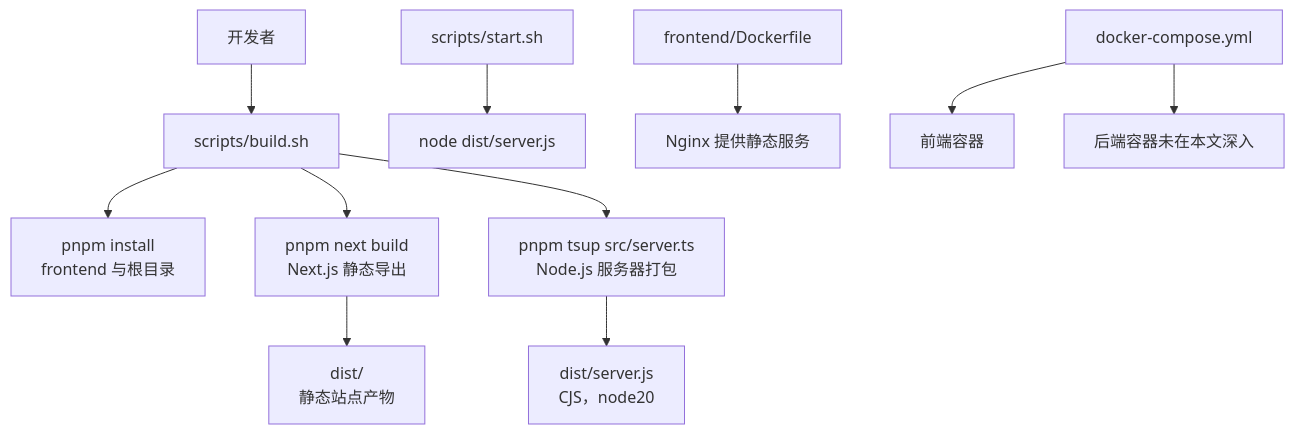
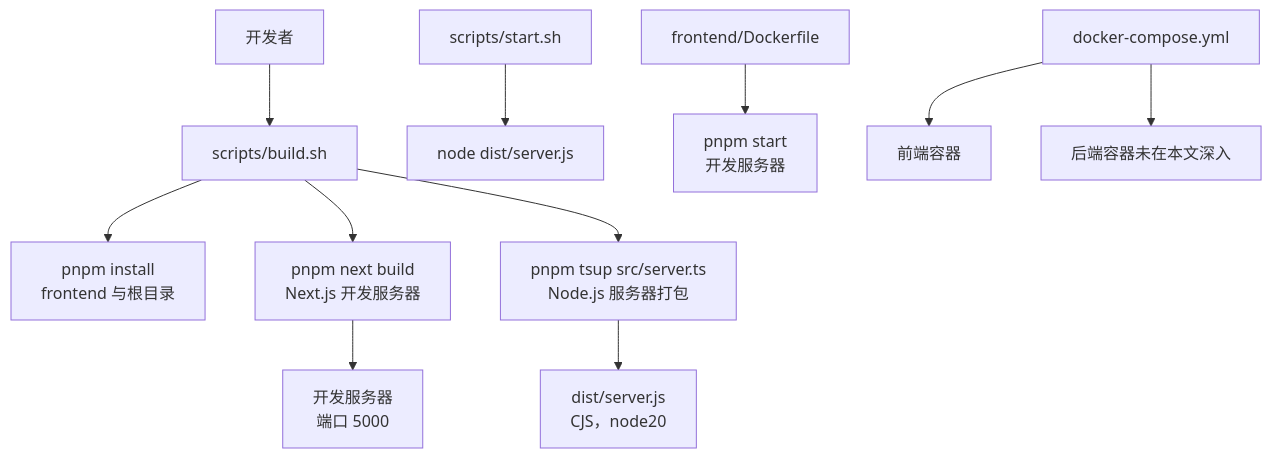
One commit to ghbbn053-ship-itsoulddog/soulddog changed the second of 7 diagrams in .qoder/repowiki/zh/content/开发指南/构建与部署/构建流程.md. Above: the diagram before and after it, drawn with Mermaid. The commit also changed other lines of this file and 119 other files, not shown here.

````diff
--- a/.qoder/repowiki/zh/content/开发指南/构建与部署/构建流程.md
+++ b/.qoder/repowiki/zh/content/开发指南/构建与部署/构建流程.md
@@ -133,13 +128,13 @@
 ```mermaid
 graph TB
 A["开发者"] --> B["scripts/build.sh"]
 B --> C["pnpm install<br/>frontend 与根目录"]
-B --> D["pnpm next build<br/>Next.js 静态导出"]
+B --> D["pnpm next build<br/>Next.js 开发服务器"]
 B --> E["pnpm tsup src/server.ts<br/>Node.js 服务器打包"]
-D --> F["dist/<br/>静态站点产物"]
+D --> F["开发服务器<br/>端口 5000"]
 E --> G["dist/server.js<br/>CJS，node20"]
 H["scripts/start.sh"] --> I["node dist/server.js"]
-J["frontend/Dockerfile"] --> K["Nginx 提供静态服务"]
+J["frontend/Dockerfile"] --> K["pnpm start<br/>开发服务器"]
 L["docker-compose.yml"] --> M["前端容器"]
 L --> N["后端容器未在本文深入"]
 ```
````
